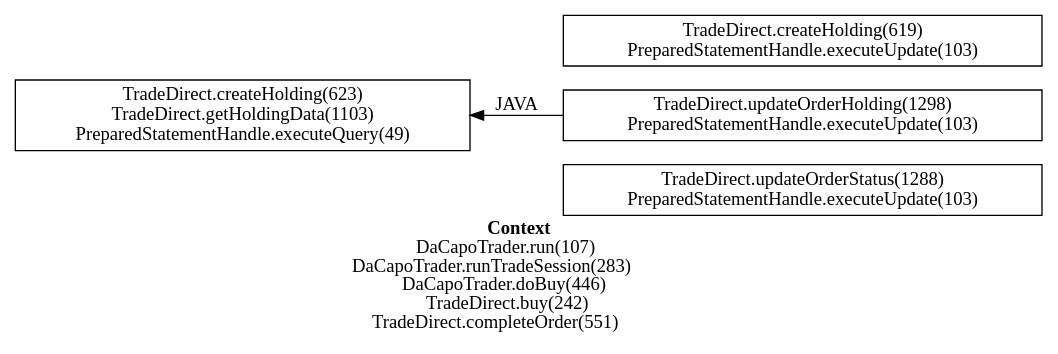
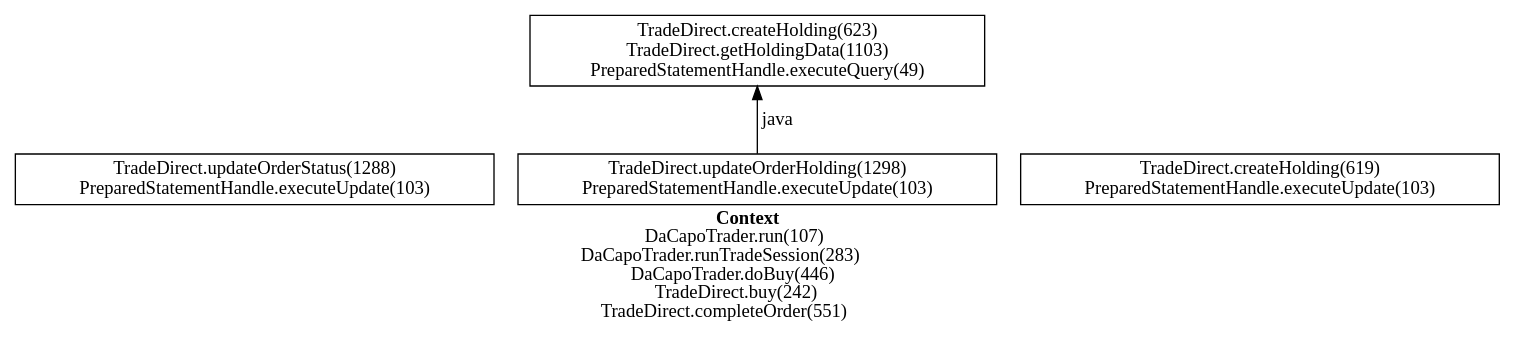
Before and after one commit to jtamayo/pepe: the diagram in pepe/results2/9.gv, drawn with Graphviz. The commit also changed 181 other files, not shown here.

```diff
--- a/pepe/results2/9.gv
+++ b/pepe/results2/9.gv
@@ -1,8 +1,8 @@
-digraph 423180001 { 
-label=<<font face="Times-Bold">Context</font><br/>DaCapoTrader.run(107)<br/>DaCapoTrader.runTradeSession(283)<br/>DaCapoTrader.doBuy(446)<br/>TradeDirect.buy(242)<br/>TradeDirect.completeOrder(551)>;rankdir=RL;
+digraph 1256911884 { 
+label=<<font face="Times-Bold">Context</font><br/>DaCapoTrader.run(107)<br/>DaCapoTrader.runTradeSession(283)<br/>DaCapoTrader.doBuy(446)<br/>TradeDirect.buy(242)<br/>TradeDirect.completeOrder(551)>;rankdir=BT;
 1 [label="TradeDirect.updateOrderStatus(1288)\nPreparedStatementHandle.executeUpdate(103)\n", shape=box];
 2 [label="TradeDirect.updateOrderHolding(1298)\nPreparedStatementHandle.executeUpdate(103)\n", shape=box];
 3 [label="TradeDirect.createHolding(619)\nPreparedStatementHandle.executeUpdate(103)\n", shape=box];
 4 [label="TradeDirect.createHolding(623)\nTradeDirect.getHoldingData(1103)\nPreparedStatementHandle.executeQuery(49)\n", shape=box];
-2 -> 4 [label="JAVA"];
+2 -> 4 [label="java" color=black];
 }
```
